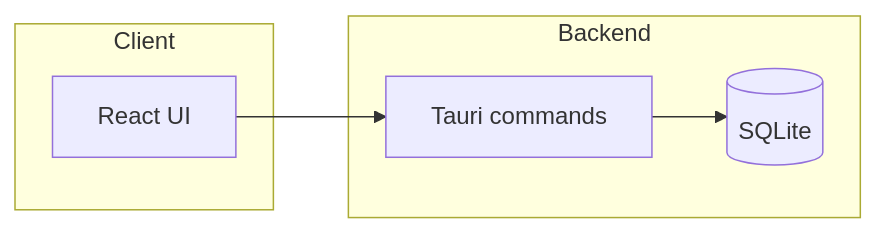
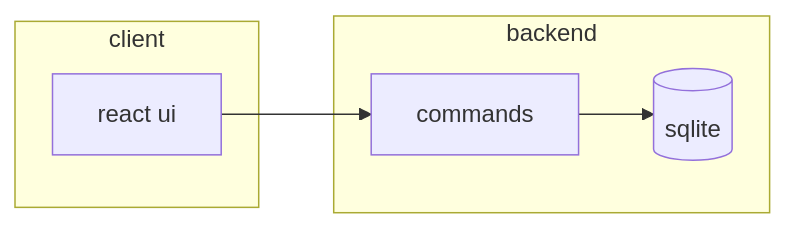
The second of 8 diagrams in skills/sidecar/SKILL.md (sersiousSenpai/redline), drawn with Mermaid before and after one commit. The commit also changed other lines of this file and 272 other files, not shown here.

````diff
--- a/skills/sidecar/SKILL.md
+++ b/skills/sidecar/SKILL.md
@@ -154,10 +166,11 @@
 ```mermaid
 flowchart LR
-  subgraph Client
-    UI[React UI]
+  subgraph client
+    UI[react ui]
   end
-  subgraph Backend
-    API[Tauri commands] --> DB[(SQLite)]
+  subgraph backend
+    API[commands] --> DB[(sqlite)]
   end
   UI --> API
+  class DB rl-emph
 ```
````
